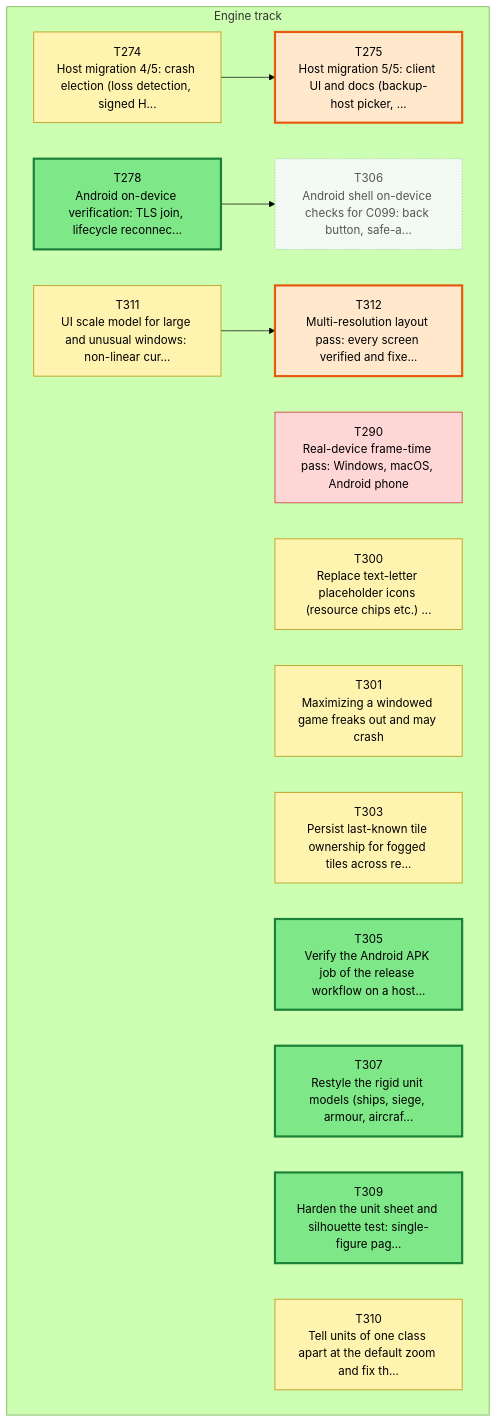
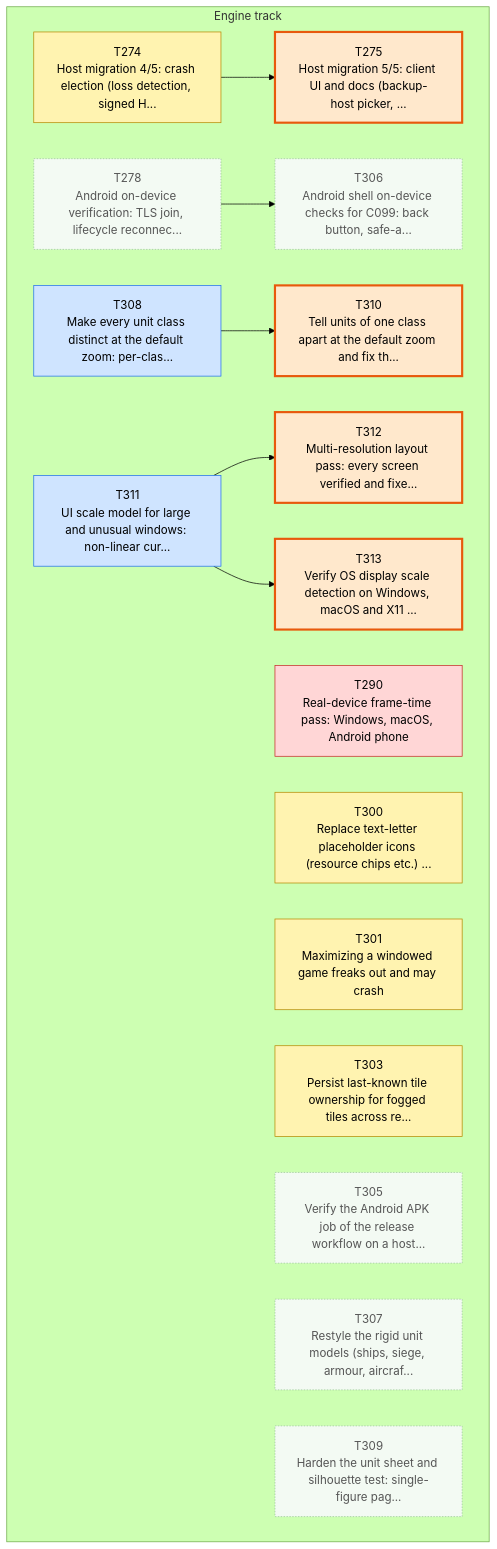
Before and after one commit to Kenmura/Unciv: the first of 3 diagrams in csharp/migration/DEPENDENCY_MAP.md, drawn with Mermaid (forest theme). The commit also changed other lines of this file and 12 other files, not shown here.

````diff
--- a/csharp/migration/DEPENDENCY_MAP.md
+++ b/csharp/migration/DEPENDENCY_MAP.md
@@ -35,43 +35,49 @@
 ```mermaid
 flowchart TD
   subgraph TTRACK["Engine track"]
     T274["T274<br/>Host migration 4/5: crash election (loss detection, signed H..."]
     T275["T275<br/>Host migration 5/5: client UI and docs (backup-host picker, ..."]
     T278["T278<br/>Android on-device verification: TLS join, lifecycle reconnec..."]
     T290["T290<br/>Real-device frame-time pass: Windows, macOS, Android phone"]
     T300["T300<br/>Replace text-letter placeholder icons (resource chips etc.) ..."]
     T301["T301<br/>Maximizing a windowed game freaks out and may crash"]
     T303["T303<br/>Persist last-known tile ownership for fogged tiles across re..."]
     T305["T305<br/>Verify the Android APK job of the release workflow on a host..."]
     T306["T306<br/>Android shell on-device checks for C099: back button, safe-a..."]
     T307["T307<br/>Restyle the rigid unit models (ships, siege, armour, aircraf..."]
+    T308["T308<br/>Make every unit class distinct at the default zoom: per-clas..."]
     T309["T309<br/>Harden the unit sheet and silhouette test: single-figure pag..."]
     T310["T310<br/>Tell units of one class apart at the default zoom and fix th..."]
     T311["T311<br/>UI scale model for large and unusual windows: non-linear cur..."]
     T312["T312<br/>Multi-resolution layout pass: every screen verified and fixe..."]
+    T313["T313<br/>Verify OS display scale detection on Windows, macOS and X11 ..."]
   end
   T274 --> T275
   T278 --> T306
+  T308 --> T310
   T311 --> T312
+  T311 --> T313
   classDef waiting fill:#f3faf3,stroke:#9bc49b,color:#555,stroke-dasharray:2 2
   classDef ondeck fill:#ffe8cc,stroke:#e8590c,stroke-width:3px,color:#000
   classDef ready fill:#7ee787,stroke:#1a7f37,stroke-width:3px,color:#000
   classDef prog fill:#fff3b0,stroke:#b58900,color:#000
   classDef review fill:#cfe4ff,stroke:#1f6feb,color:#000
   classDef blocked fill:#ffd6d6,stroke:#c62828,color:#000
   classDef done fill:#eeeeee,stroke:#999999,color:#666,stroke-dasharray:4 3
   class T274 prog
   class T275 ondeck
-  class T278 ready
+  class T278 waiting
   class T290 blocked
   class T300 prog
   class T301 prog
   class T303 prog
-  class T305 ready
+  class T305 waiting
   class T306 waiting
-  class T307 ready
-  class T309 ready
-  class T310 prog
-  class T311 prog
+  class T307 waiting
+  class T308 review
+  class T309 waiting
+  class T310 ondeck
+  class T311 review
   class T312 ondeck
+  class T313 ondeck
 ```
````
